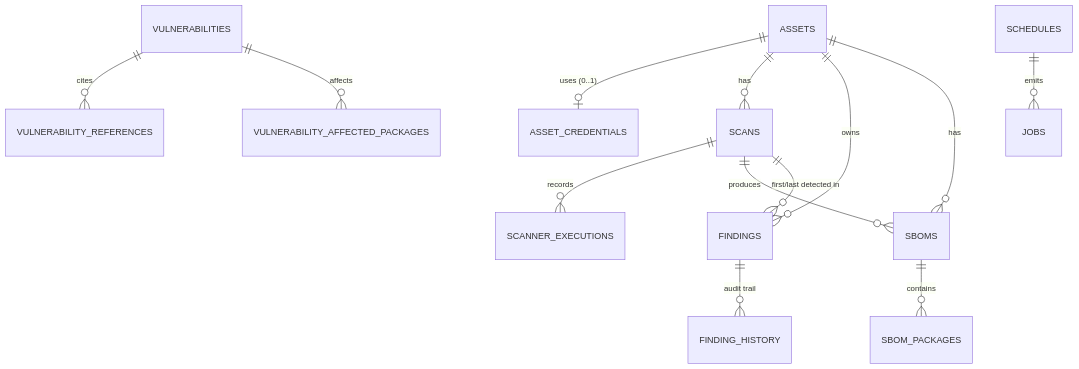
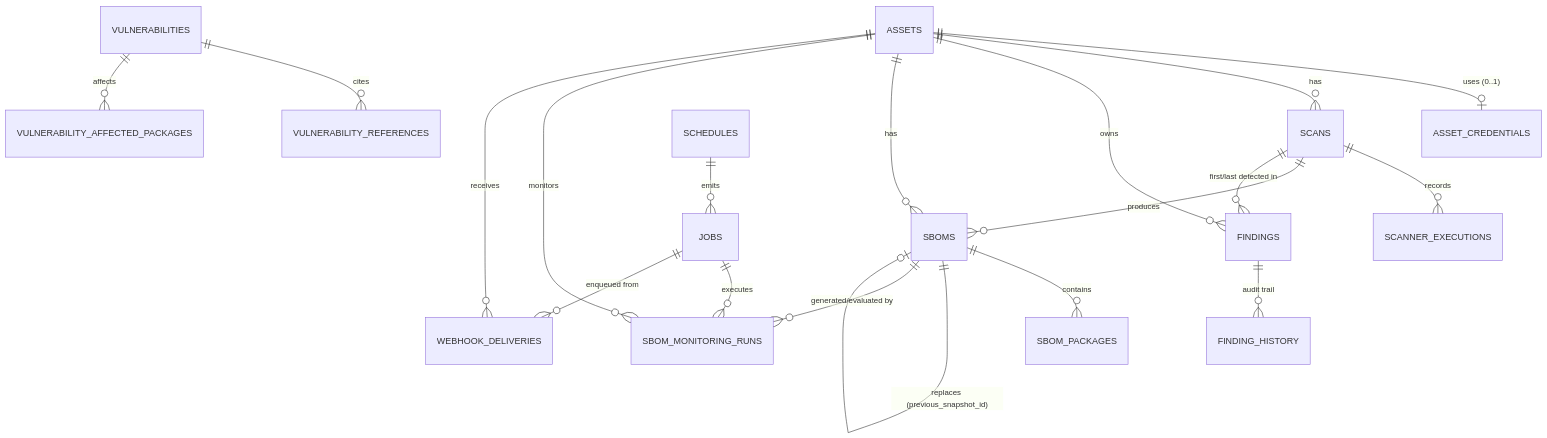
Before and after one commit to hungpt99-dev/ai-native-security: the diagram in docs/ERD.md, drawn with Mermaid. The commit also changed other lines of this file and 55 other files, not shown here.

First line of the commit message:
feat(sbom): continuous SBOM lifecycle and stored-inventory vulnerability monitoring

````diff
--- a/docs/ERD.md
+++ b/docs/ERD.md
@@ -7,15 +7,21 @@
 ```mermaid
 erDiagram
     ASSETS ||--o| ASSET_CREDENTIALS : "uses (0..1)"
     ASSETS ||--o{ SCANS : "has"
     ASSETS ||--o{ FINDINGS : "owns"
     ASSETS ||--o{ SBOMS : "has"
+    ASSETS ||--o{ SBOM_MONITORING_RUNS : "monitors"
+    ASSETS ||--o{ WEBHOOK_DELIVERIES : "receives"
     SCANS ||--o{ SCANNER_EXECUTIONS : "records"
     SCANS ||--o{ SBOMS : "produces"
     SCANS ||--o{ FINDINGS : "first/last detected in"
     FINDINGS ||--o{ FINDING_HISTORY : "audit trail"
     SBOMS ||--o{ SBOM_PACKAGES : "contains"
+    SBOMS ||--o| SBOMS : "replaces (previous_snapshot_id)"
+    SBOMS ||--o{ SBOM_MONITORING_RUNS : "generated/evaluated by"
+    JOBS ||--o{ SBOM_MONITORING_RUNS : "executes"
+    JOBS ||--o{ WEBHOOK_DELIVERIES : "enqueued from"
     VULNERABILITIES ||--o{ VULNERABILITY_REFERENCES : "cites"
     VULNERABILITIES ||--o{ VULNERABILITY_AFFECTED_PACKAGES : "affects"
     SCHEDULES ||--o{ JOBS : "emits"
 ```
````
